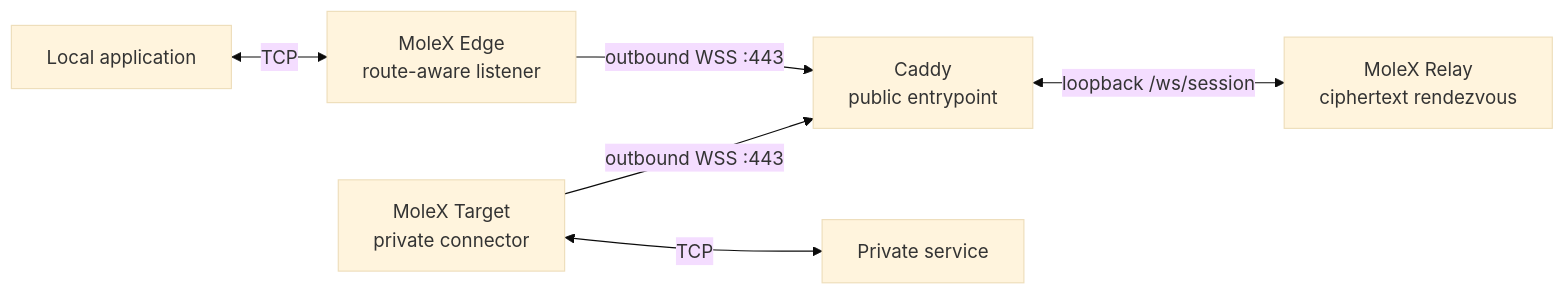
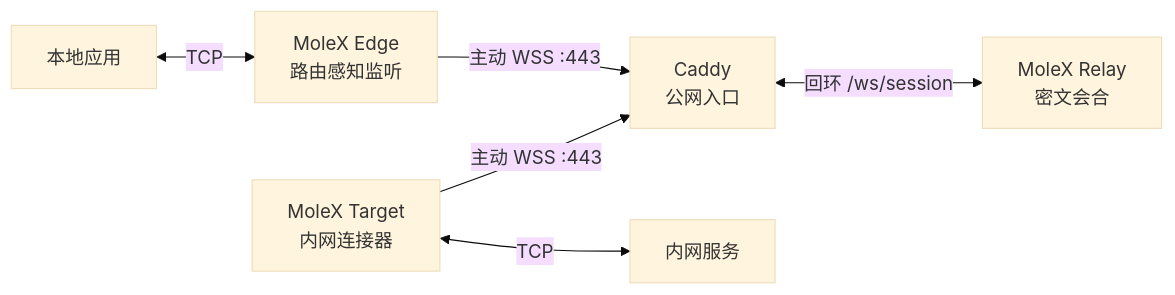
Before and after one commit to suifei/molex: the diagram in README.md, drawn with Mermaid (base theme). The commit also changed other lines of this file and 3 other files, not shown here.

````diff
--- a/README.md
+++ b/README.md
@@ -78,8 +80,8 @@
 ```mermaid
 flowchart LR
-    App["Local application"] <-->|"TCP"| Edge["MoleX Edge<br/>route-aware listener"]
-    Edge -->|"outbound WSS :443"| Caddy["Caddy<br/>public entrypoint"]
-    Caddy <-->|"loopback /ws/session"| Relay["MoleX Relay<br/>ciphertext rendezvous"]
-    Target["MoleX Target<br/>private connector"] -->|"outbound WSS :443"| Caddy
-    Target <-->|"TCP"| Service["Private service"]
+    App["本地应用"] <-->|"TCP"| Edge["MoleX Edge<br/>路由感知监听"]
+    Edge -->|"主动 WSS :443"| Caddy["Caddy<br/>公网入口"]
+    Caddy <-->|"回环 /ws/session"| Relay["MoleX Relay<br/>密文会合"]
+    Target["MoleX Target<br/>内网连接器"] -->|"主动 WSS :443"| Caddy
+    Target <-->|"TCP"| Service["内网服务"]
 ```
````
